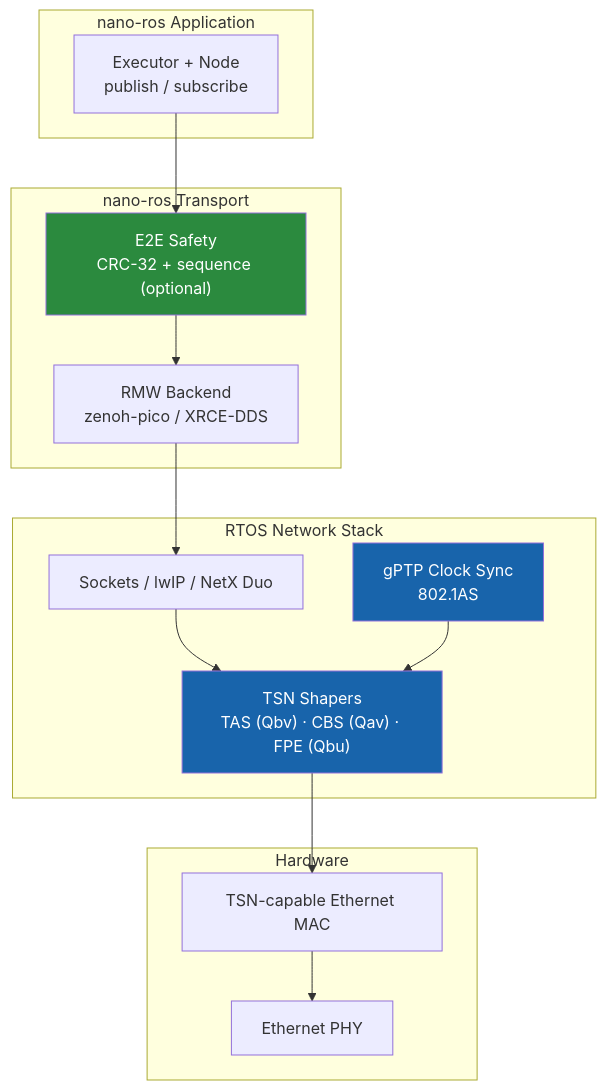
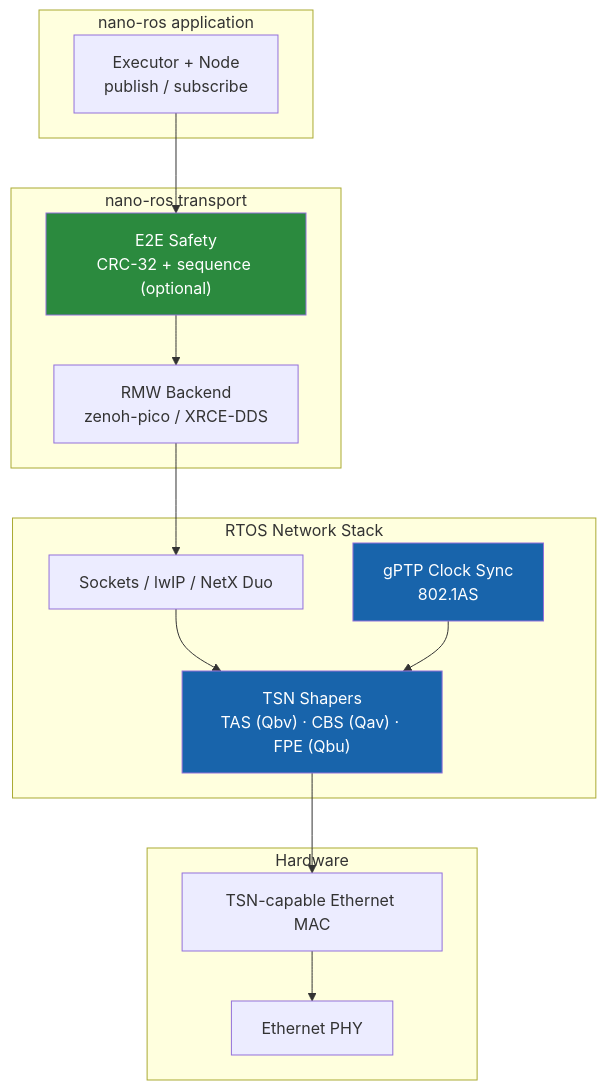
One commit to NEWSLabNTU/nano-ros changed diagram 14 of 15 in docs/design/architecture-overview.md. Above: the diagram before and after it, drawn with Mermaid. The commit also changed other lines of this file and 5 other files, not shown here.

Commit message:
Rename "nros" to "nano-ros" in docs

````diff
--- a/docs/design/architecture-overview.md
+++ b/docs/design/architecture-overview.md
@@ -615,32 +615,32 @@
 ```mermaid
 graph TD
-    subgraph "nano-ros Application"
+    subgraph "nano-ros application"
         APP["Executor + Node<br/>publish / subscribe"]
     end
 
-    subgraph "nano-ros Transport"
+    subgraph "nano-ros transport"
         E2E["E2E Safety<br/>CRC-32 + sequence (optional)"]
         RMW_BACK["RMW Backend<br/>zenoh-pico / XRCE-DDS"]
     end
 
     subgraph "RTOS Network Stack"
         SOCK["Sockets / lwIP / NetX Duo"]
         TSN_SHAPER["TSN Shapers<br/>TAS (Qbv) · CBS (Qav) · FPE (Qbu)"]
         PTP["gPTP Clock Sync<br/>802.1AS"]
     end
 
     subgraph "Hardware"
         MAC["TSN-capable Ethernet MAC"]
         PHY["Ethernet PHY"]
     end
 
     APP --> E2E --> RMW_BACK
     RMW_BACK --> SOCK
     SOCK --> TSN_SHAPER
     PTP --> TSN_SHAPER
     TSN_SHAPER --> MAC --> PHY
 
     style E2E fill:#2b8a3e,color:#fff
     style TSN_SHAPER fill:#1864ab,color:#fff
     style PTP fill:#1864ab,color:#fff
 ```
````
